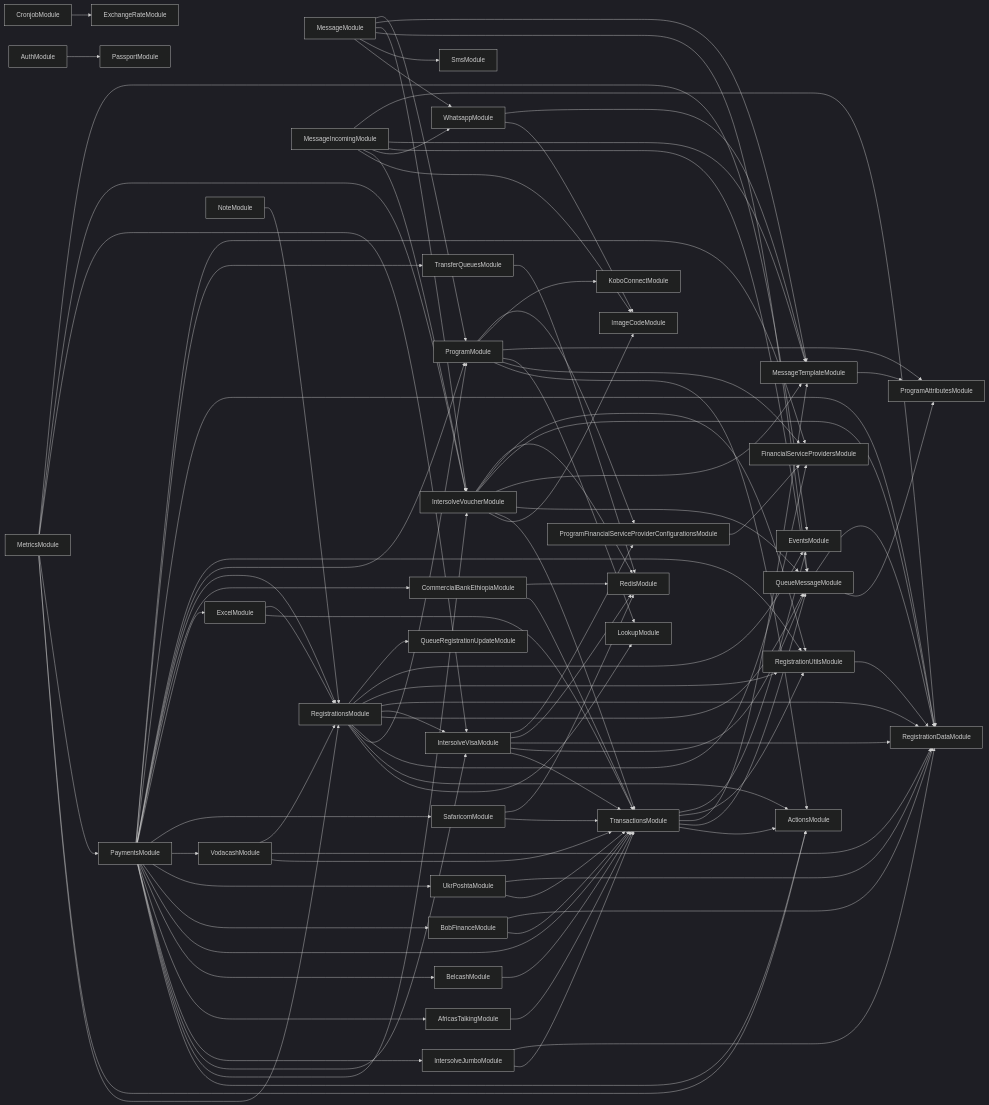
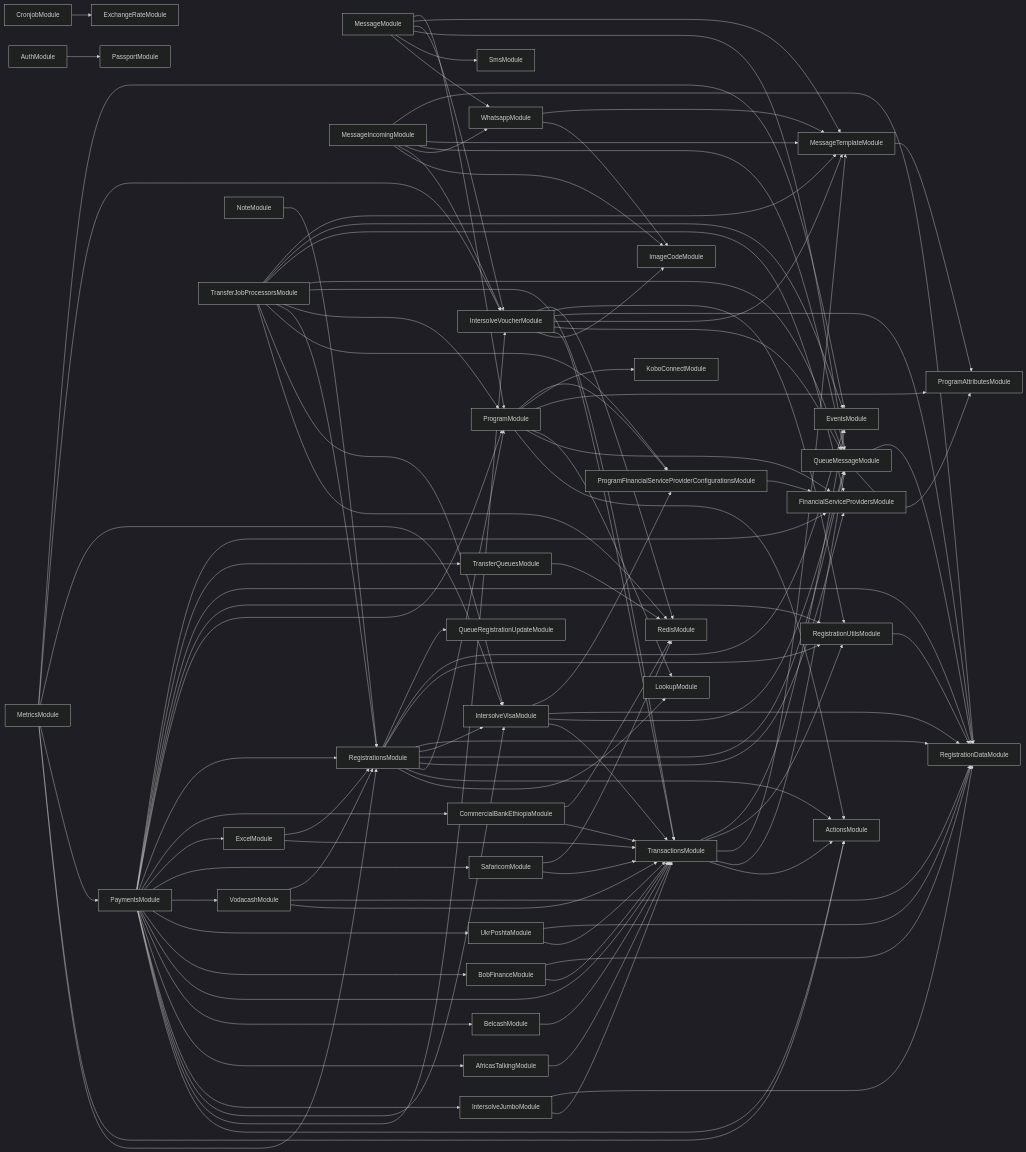
One commit to global-121/121-platform changed the diagram in services/121-service/module-dependencies.md. Above: the diagram before and after it, drawn with Mermaid (dark theme). The commit also changed 80 other files, not shown here.

````diff
--- a/services/121-service/module-dependencies.md
+++ b/services/121-service/module-dependencies.md
@@ -44,7 +44,6 @@
   IntersolveVisaModule-->TransactionsModule
   IntersolveVisaModule-->QueueMessageModule
   IntersolveVisaModule-->RegistrationDataModule
-  IntersolveVisaModule-->RedisModule
   IntersolveVisaModule-->ProgramFinancialServiceProviderConfigurationsModule
   RegistrationsModule-->RegistrationDataModule
   RegistrationsModule-->RegistrationUtilsModule
@@ -100,4 +99,14 @@
   MessageIncomingModule-->RegistrationDataModule
   NoteModule-->RegistrationsModule
   AuthModule-->PassportModule
+  TransferJobProcessorsModule-->RedisModule
+  TransferJobProcessorsModule-->IntersolveVisaModule
+  TransferJobProcessorsModule-->ProgramFinancialServiceProviderConfigurationsModule
+  TransferJobProcessorsModule-->RegistrationsModule
+  TransferJobProcessorsModule-->ProgramModule
+  TransferJobProcessorsModule-->TransactionsModule
+  TransferJobProcessorsModule-->QueueMessageModule
+  TransferJobProcessorsModule-->FinancialServiceProvidersModule
+  TransferJobProcessorsModule-->EventsModule
+  TransferJobProcessorsModule-->MessageTemplateModule
 ```
````
